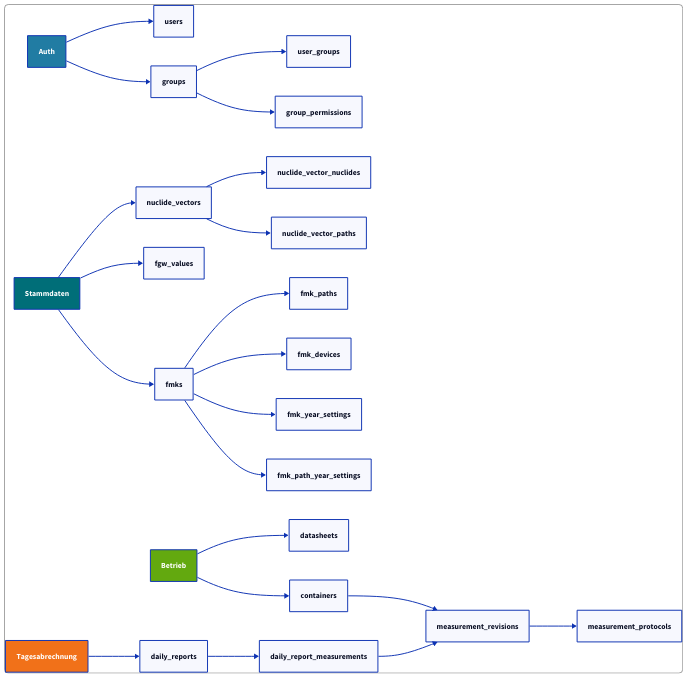
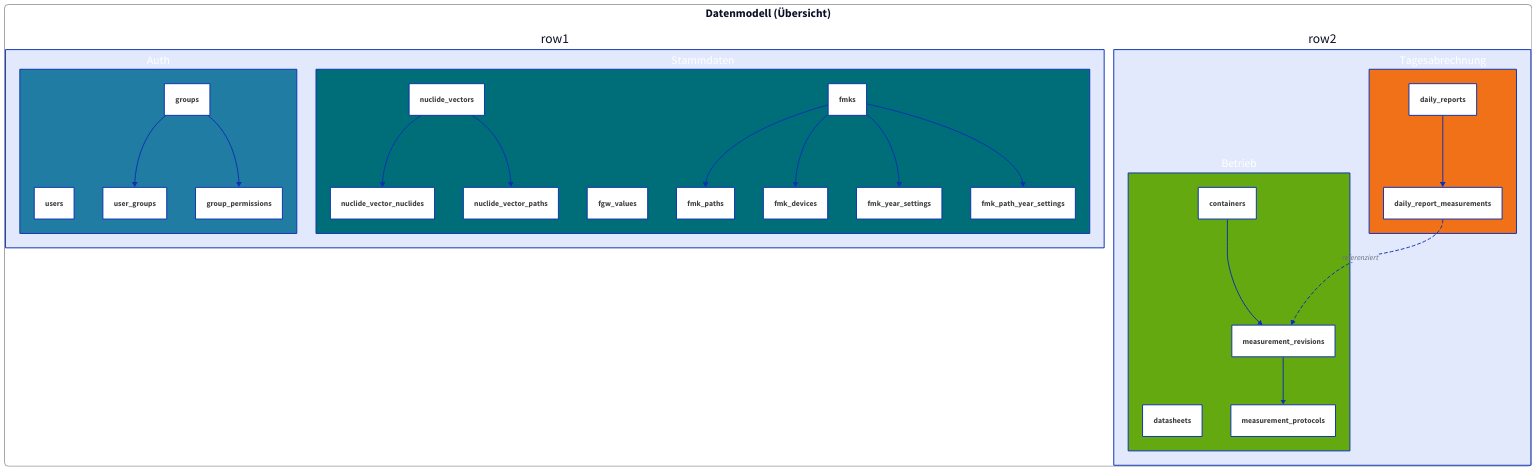
One commit to Ph0non/fmb-log-docs changed the diagram in docs/diagrams-src/data-model.d2. Above: the diagram before and after it, drawn with D2. The commit also changed 186 other files, not shown here.

```diff
--- a/docs/diagrams-src/data-model.d2
+++ b/docs/diagrams-src/data-model.d2
@@ -1,71 +1,92 @@
-direction: right
+direction: down
 
 style: {
   stroke: "#3d3e3d"
   stroke-width: 1
   border-radius: 8
-  font-size: 16
+  font-size: 18
 }
 
-auth: "Auth" {
-  style.fill: "#217ca3"
-  style.font-color: "#ffffff"
+title: "Datenmodell (Übersicht)" {
+  near: top-center
+  shape: text
+  style.font-size: 24
+  style.bold: true
 }
-users: "users"
-groups: "groups"
-user_groups: "user_groups"
-group_permissions: "group_permissions"
 
-master: "Stammdaten" {
-  style.fill: "#006e78"
-  style.font-color: "#ffffff"
+# Top row: Auth and Stammdaten side by side
+row1: {
+  direction: right
+
+  auth: "Auth" {
+    direction: down
+    style.fill: "#217ca3"
+    style.font-color: "#ffffff"
+
+    users: "users" { style.fill: "#ffffff"; style.font-color: "#3d3e3d" }
+    groups: "groups" { style.fill: "#ffffff"; style.font-color: "#3d3e3d" }
+    user_groups: "user_groups" { style.fill: "#ffffff"; style.font-color: "#3d3e3d" }
+    group_permissions: "group_permissions" { style.fill: "#ffffff"; style.font-color: "#3d3e3d" }
+
+    groups -> user_groups
+    groups -> group_permissions
+  }
+
+  master: "Stammdaten" {
+    direction: down
+    style.fill: "#006e78"
+    style.font-color: "#ffffff"
+
+    nuclide_vectors: "nuclide_vectors" { style.fill: "#ffffff"; style.font-color: "#3d3e3d" }
+    nv_nuclides: "nuclide_vector_nuclides" { style.fill: "#ffffff"; style.font-color: "#3d3e3d" }
+    nv_paths: "nuclide_vector_paths" { style.fill: "#ffffff"; style.font-color: "#3d3e3d" }
+    fgw_values: "fgw_values" { style.fill: "#ffffff"; style.font-color: "#3d3e3d" }
+    fmks: "fmks" { style.fill: "#ffffff"; style.font-color: "#3d3e3d" }
+    fmk_paths: "fmk_paths" { style.fill: "#ffffff"; style.font-color: "#3d3e3d" }
+    fmk_devices: "fmk_devices" { style.fill: "#ffffff"; style.font-color: "#3d3e3d" }
+    fmk_year: "fmk_year_settings" { style.fill: "#ffffff"; style.font-color: "#3d3e3d" }
+    fmk_path_year: "fmk_path_year_settings" { style.fill: "#ffffff"; style.font-color: "#3d3e3d" }
+
+    nuclide_vectors -> nv_nuclides
+    nuclide_vectors -> nv_paths
+    fmks -> fmk_paths
+    fmks -> fmk_devices
+    fmks -> fmk_year
+    fmks -> fmk_path_year
+  }
 }
-nuclide_vectors: "nuclide_vectors"
-nuclide_vector_nuclides: "nuclide_vector_nuclides"
-nuclide_vector_paths: "nuclide_vector_paths"
-fgw_values: "fgw_values"
-fmks: "fmks"
-fmk_paths: "fmk_paths"
-fmk_devices: "fmk_devices"
-fmk_year_settings: "fmk_year_settings"
-fmk_path_year_settings: "fmk_path_year_settings"
 
-ops: "Betrieb" {
-  style.fill: "#63a90f"
-  style.font-color: "#ffffff"
+# Bottom row: Betrieb and Tagesabrechnung side by side
+row2: {
+  direction: right
+
+  ops: "Betrieb" {
+    direction: down
+    style.fill: "#63a90f"
+    style.font-color: "#ffffff"
+
+    datasheets: "datasheets" { style.fill: "#ffffff"; style.font-color: "#3d3e3d" }
+    containers: "containers" { style.fill: "#ffffff"; style.font-color: "#3d3e3d" }
+    meas_rev: "measurement_revisions" { style.fill: "#ffffff"; style.font-color: "#3d3e3d" }
+    meas_proto: "measurement_protocols" { style.fill: "#ffffff"; style.font-color: "#3d3e3d" }
+
+    containers -> meas_rev
+    meas_rev -> meas_proto
+  }
+
+  reports: "Tagesabrechnung" {
+    direction: down
+    style.fill: "#f17119"
+    style.font-color: "#ffffff"
+
+    daily_reports: "daily_reports" { style.fill: "#ffffff"; style.font-color: "#3d3e3d" }
+    daily_meas: "daily_report_measurements" { style.fill: "#ffffff"; style.font-color: "#3d3e3d" }
+
+    daily_reports -> daily_meas
+  }
 }
-datasheets: "datasheets"
-containers: "containers"
-measurement_revisions: "measurement_revisions"
-measurement_protocols: "measurement_protocols"
 
-reports: "Tagesabrechnung" {
-  style.fill: "#f17119"
-  style.font-color: "#ffffff"
+# Cross-container relationship
+row2.reports.daily_meas -> row2.ops.meas_rev: "referenziert" {
+  style.stroke-dash: 3
 }
-daily_reports: "daily_reports"
-daily_report_measurements: "daily_report_measurements"
-
-auth -> users
-auth -> groups
-groups -> user_groups
-groups -> group_permissions
-
-master -> nuclide_vectors
-nuclide_vectors -> nuclide_vector_nuclides
-nuclide_vectors -> nuclide_vector_paths
-master -> fgw_values
-master -> fmks
-fmks -> fmk_devices
-fmks -> fmk_paths
-fmks -> fmk_year_settings
-fmks -> fmk_path_year_settings
-
-ops -> datasheets
-ops -> containers
-containers -> measurement_revisions
-measurement_revisions -> measurement_protocols
-
-reports -> daily_reports
-daily_reports -> daily_report_measurements
-daily_report_measurements -> measurement_revisions
```
